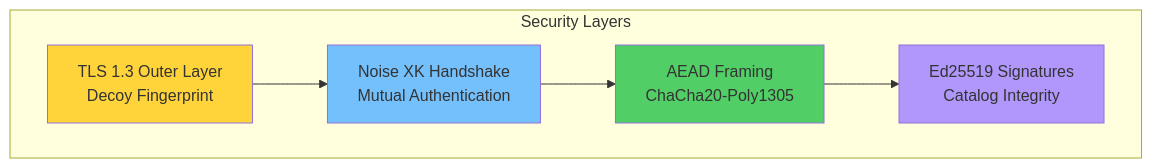
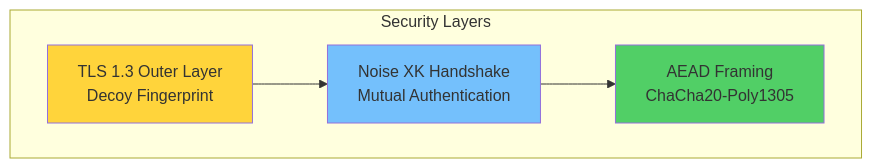
The ninth of 15 diagrams in README.md (QW1CKS/qnet), drawn with Mermaid before and after one commit. The commit also changed other lines of this file and 21 other files, not shown here.

````diff
--- a/README.md
+++ b/README.md
@@ -318,18 +317,15 @@
 ```mermaid
 graph TB
     subgraph "Security Layers"
         L1[TLS 1.3 Outer Layer<br/>Decoy Fingerprint]
         L2[Noise XK Handshake<br/>Mutual Authentication]
         L3[AEAD Framing<br/>ChaCha20-Poly1305]
-        L4[Ed25519 Signatures<br/>Catalog Integrity]
     end
     
     L1 --> L2
     L2 --> L3
-    L3 --> L4
     
     style L1 fill:#ffd43b
     style L2 fill:#74c0fc
     style L3 fill:#51cf66
-    style L4 fill:#b197fc
 ```
````
